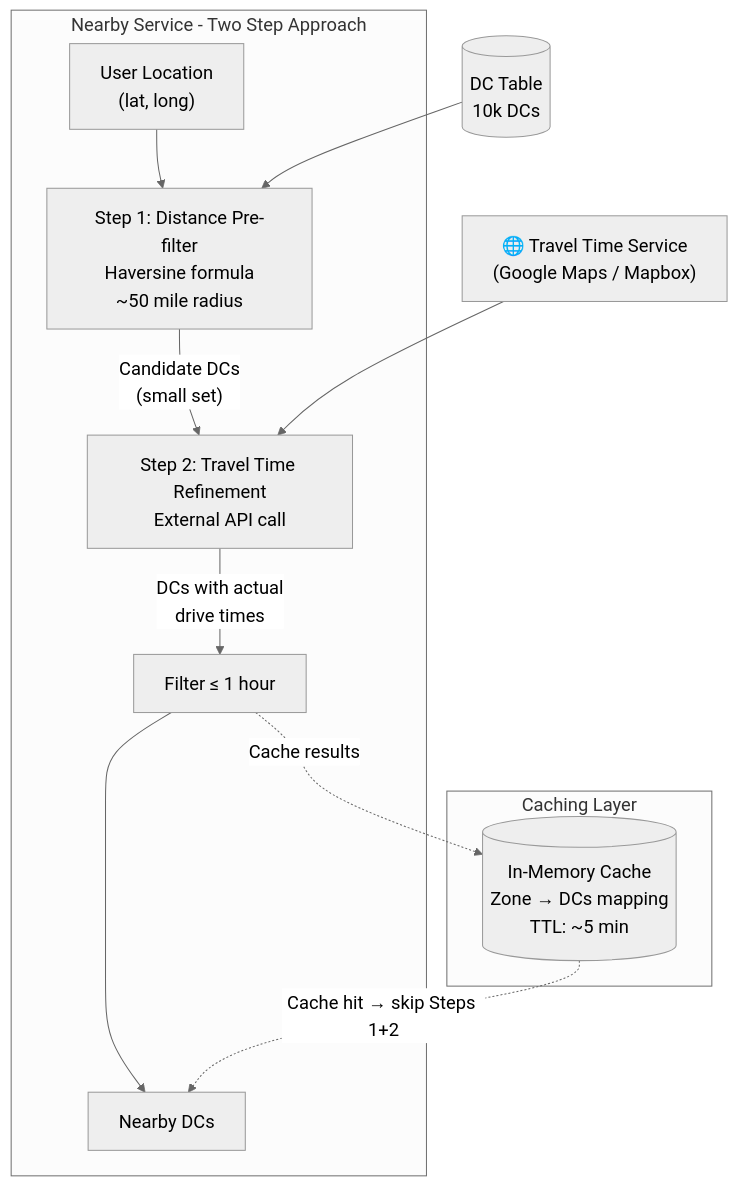
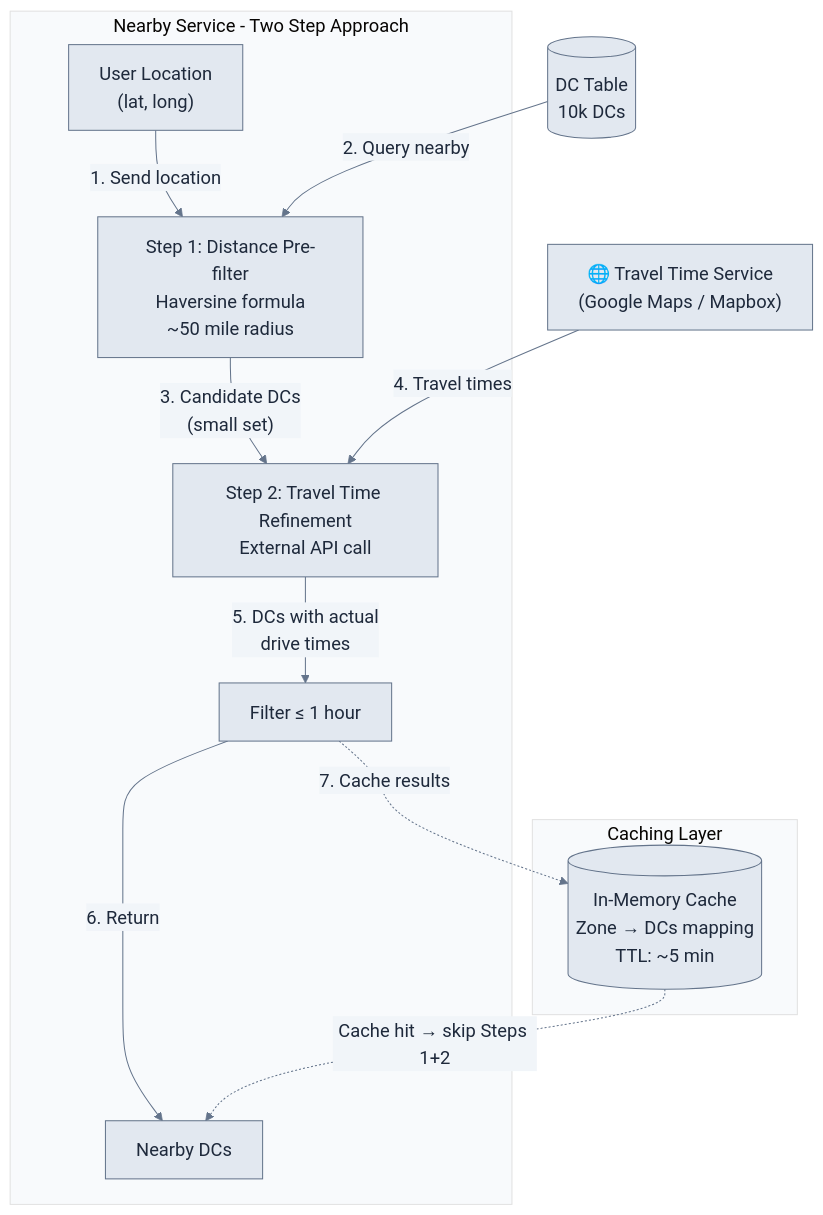
Diagram 11 of 14 in hld/localDeliveryService.md (vipi-n/swe-101), drawn with Mermaid before and after one commit. The commit also changed other lines of this file, not shown here.

````diff
--- a/hld/localDeliveryService.md
+++ b/hld/localDeliveryService.md
@@ -484,20 +484,20 @@
 ```mermaid
-%%{init: {'theme': 'neutral', 'themeVariables': {'fontSize': '18px'}}}%%
+%%{init: {'theme': 'base', 'themeVariables': {'fontSize': '18px', 'primaryColor': '#e2e8f0', 'primaryTextColor': '#1e293b', 'primaryBorderColor': '#64748b', 'lineColor': '#64748b', 'secondaryColor': '#f1f5f9', 'tertiaryColor': '#f8fafc'}}}%%
 flowchart TB
     subgraph Nearby Service - Two Step Approach
-        Input["User Location<br/>(lat, long)"] --> Step1["Step 1: Distance Pre-filter<br/>Haversine formula<br/>~50 mile radius"]
-        Step1 -->|"Candidate DCs<br/>(small set)"| Step2["Step 2: Travel Time Refinement<br/>External API call"]
-        Step2 -->|"DCs with actual<br/>drive times"| Filter["Filter ≤ 1 hour"]
-        Filter --> Result["Nearby DCs"]
+        Input["User Location<br/>(lat, long)"] -->|"1. Send location"| Step1["Step 1: Distance Pre-filter<br/>Haversine formula<br/>~50 mile radius"]
+        Step1 -->|"3. Candidate DCs<br/>(small set)"| Step2["Step 2: Travel Time Refinement<br/>External API call"]
+        Step2 -->|"5. DCs with actual<br/>drive times"| Filter["Filter ≤ 1 hour"]
+        Filter -->|"6. Return"| Result["Nearby DCs"]
     end
     
-    DCTable[("DC Table<br/>10k DCs")] --> Step1
-    TTS["🌐 Travel Time Service<br/>(Google Maps / Mapbox)"] --> Step2
+    DCTable[("DC Table<br/>10k DCs")] -->|"2. Query nearby"| Step1
+    TTS["🌐 Travel Time Service<br/>(Google Maps / Mapbox)"] -->|"4. Travel times"| Step2
     
     subgraph Caching Layer
         Cache[("In-Memory Cache<br/>Zone → DCs mapping<br/>TTL: ~5 min")]
     end
     
-    Filter -.->|"Cache results"| Cache
+    Filter -.->|"7. Cache results"| Cache
     Cache -.->|"Cache hit → skip Steps 1+2"| Result
 ```
````
